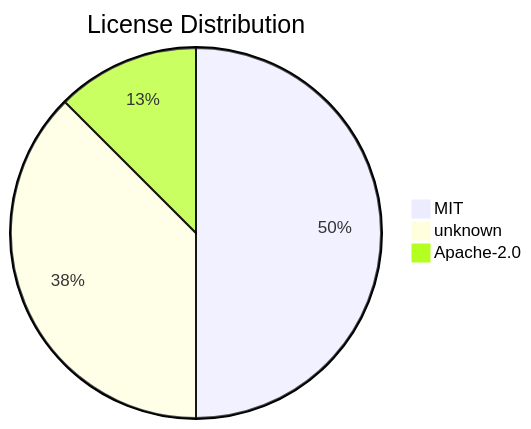
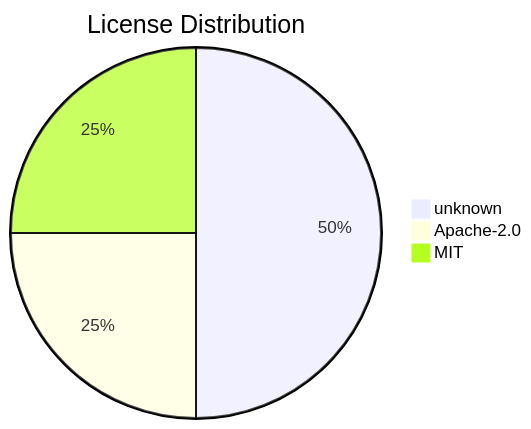
The diagram in .shipwright/compliance/sbom.md (svenroth-ai/shipwright), drawn with Mermaid before and after one commit. The commit also changed other lines of this file and 16 other files, not shown here.

````diff
--- a/.shipwright/compliance/sbom.md
+++ b/.shipwright/compliance/sbom.md
@@ -17,6 +17,6 @@
 ```mermaid
 pie title License Distribution
-    "MIT" : 4
-    "unknown" : 3
-    "Apache-2.0" : 1
+    "unknown" : 4
+    "Apache-2.0" : 2
+    "MIT" : 2
 ```
````
